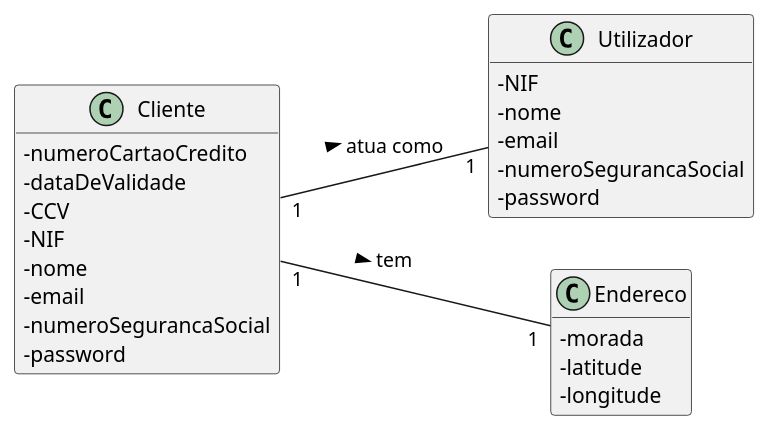
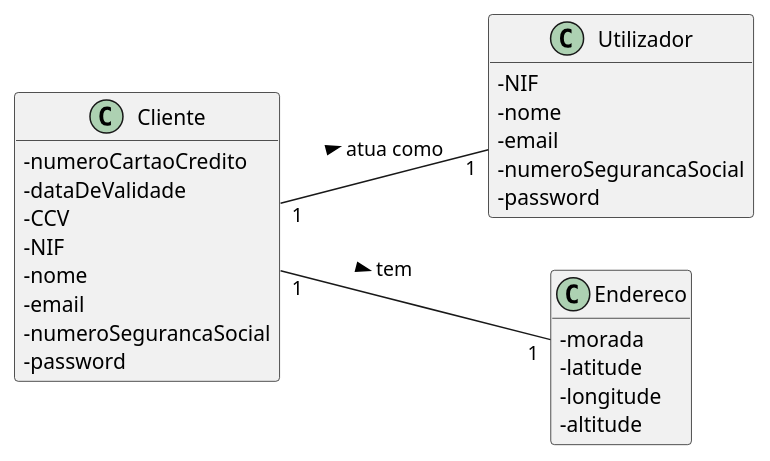
One commit to pedrolemos4/LAPR3 changed the diagram in docs/UC7/MD-REGISTAR CLIENTE.puml. Above: the diagram before and after it, drawn with PlantUML. The commit also changed 7 other files, not shown here.

```diff
--- a/docs/UC7/MD-REGISTAR CLIENTE.puml
+++ b/docs/UC7/MD-REGISTAR CLIENTE.puml
@@ -1,34 +1,35 @@
 @startuml
 skinparam classAttributeIconSize 0
 hide methods
 left to right direction
 
 class Utilizador {
   -NIF
   -nome
   -email
   -numeroSegurancaSocial
   -password
 }
 
 class Endereco {
   -morada
   -latitude
   -longitude
+  -altitude
 }
 
 class Cliente {
   -numeroCartaoCredito
   -dataDeValidade
   -CCV
   -NIF
   -nome
   -email
   -numeroSegurancaSocial
   -password
 }
 
 Cliente "1" -- "1" Endereco: tem >
 Cliente "1" -- "1" Utilizador: atua como >
 
 @enduml
```
